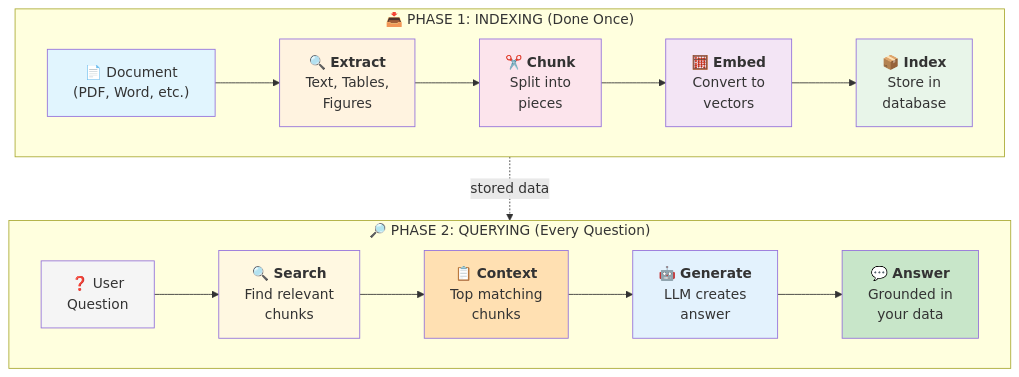
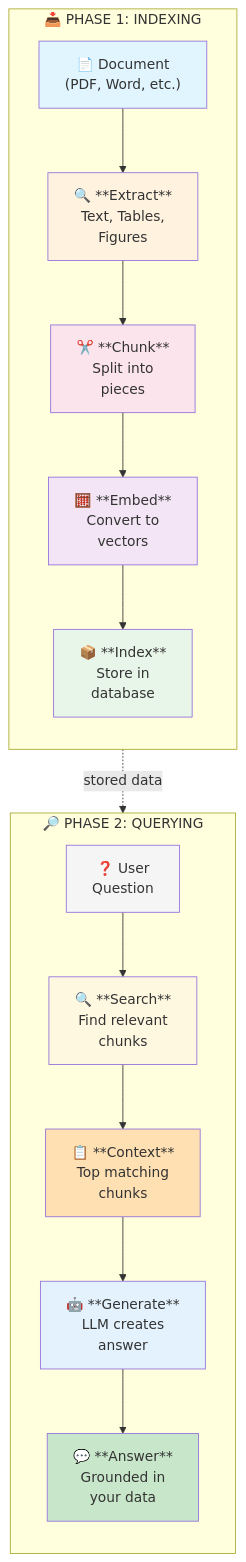
The second of 3 diagrams in README.md (roie9876/RAG-WorkShop), drawn with Mermaid before and after one commit.

````diff
--- a/README.md
+++ b/README.md
@@ -81,37 +81,37 @@
 ```mermaid
 flowchart TB
-    subgraph PHASE1["📥 PHASE 1: INDEXING (Done Once)"]
-        direction LR
+    subgraph PHASE1["📥 PHASE 1: INDEXING"]
+        direction TB
         DOC["📄 Document<br/>(PDF, Word, etc.)"]
-        EXTRACT["🔍 <b>Extract</b><br/>Text, Tables,<br/>Figures"]
-        CHUNK["✂️ <b>Chunk</b><br/>Split into<br/>pieces"]
-        EMBED["🧮 <b>Embed</b><br/>Convert to<br/>vectors"]
-        INDEX["📦 <b>Index</b><br/>Store in<br/>database"]
+        EXTRACT["🔍 **Extract**<br/>Text, Tables,<br/>Figures"]
+        CHUNK["✂️ **Chunk**<br/>Split into<br/>pieces"]
+        EMBED["🧮 **Embed**<br/>Convert to<br/>vectors"]
+        INDEX["📦 **Index**<br/>Store in<br/>database"]
         
         DOC --> EXTRACT --> CHUNK --> EMBED --> INDEX
     end
     
-    subgraph PHASE2["🔎 PHASE 2: QUERYING (Every Question)"]
-        direction LR
+    subgraph PHASE2["🔎 PHASE 2: QUERYING"]
+        direction TB
         QUESTION["❓ User<br/>Question"]
-        SEARCH["🔍 <b>Search</b><br/>Find relevant<br/>chunks"]
-        CONTEXT["📋 <b>Context</b><br/>Top matching<br/>chunks"]
-        GENERATE["🤖 <b>Generate</b><br/>LLM creates<br/>answer"]
-        ANSWER["💬 <b>Answer</b><br/>Grounded in<br/>your data"]
+        SEARCH["🔍 **Search**<br/>Find relevant<br/>chunks"]
+        CONTEXT["📋 **Context**<br/>Top matching<br/>chunks"]
+        GENERATE["🤖 **Generate**<br/>LLM creates<br/>answer"]
+        ANSWER["💬 **Answer**<br/>Grounded in<br/>your data"]
         
         QUESTION --> SEARCH --> CONTEXT --> GENERATE --> ANSWER
     end
     
     INDEX -.->|"stored data"| SEARCH
     
     style DOC fill:#e1f5fe
     style EXTRACT fill:#fff3e0
     style CHUNK fill:#fce4ec
     style EMBED fill:#f3e5f5
     style INDEX fill:#e8f5e9
     style QUESTION fill:#f5f5f5
     style SEARCH fill:#fff8e1
     style CONTEXT fill:#ffe0b2
     style GENERATE fill:#e3f2fd
     style ANSWER fill:#c8e6c9
 ```
````
